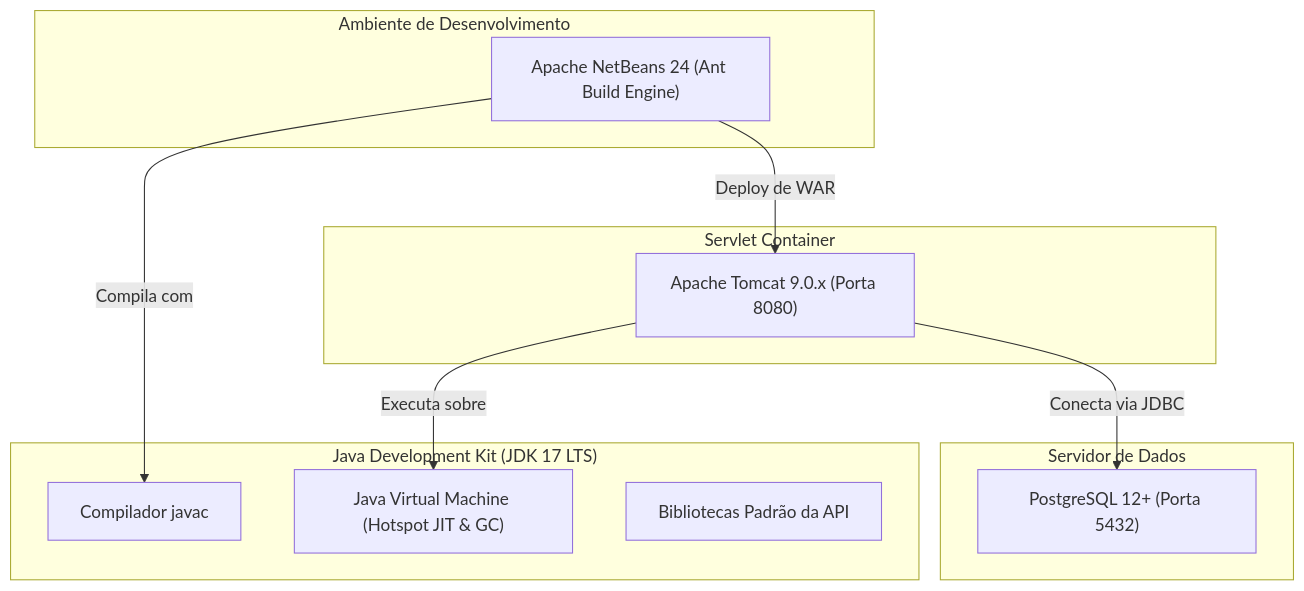
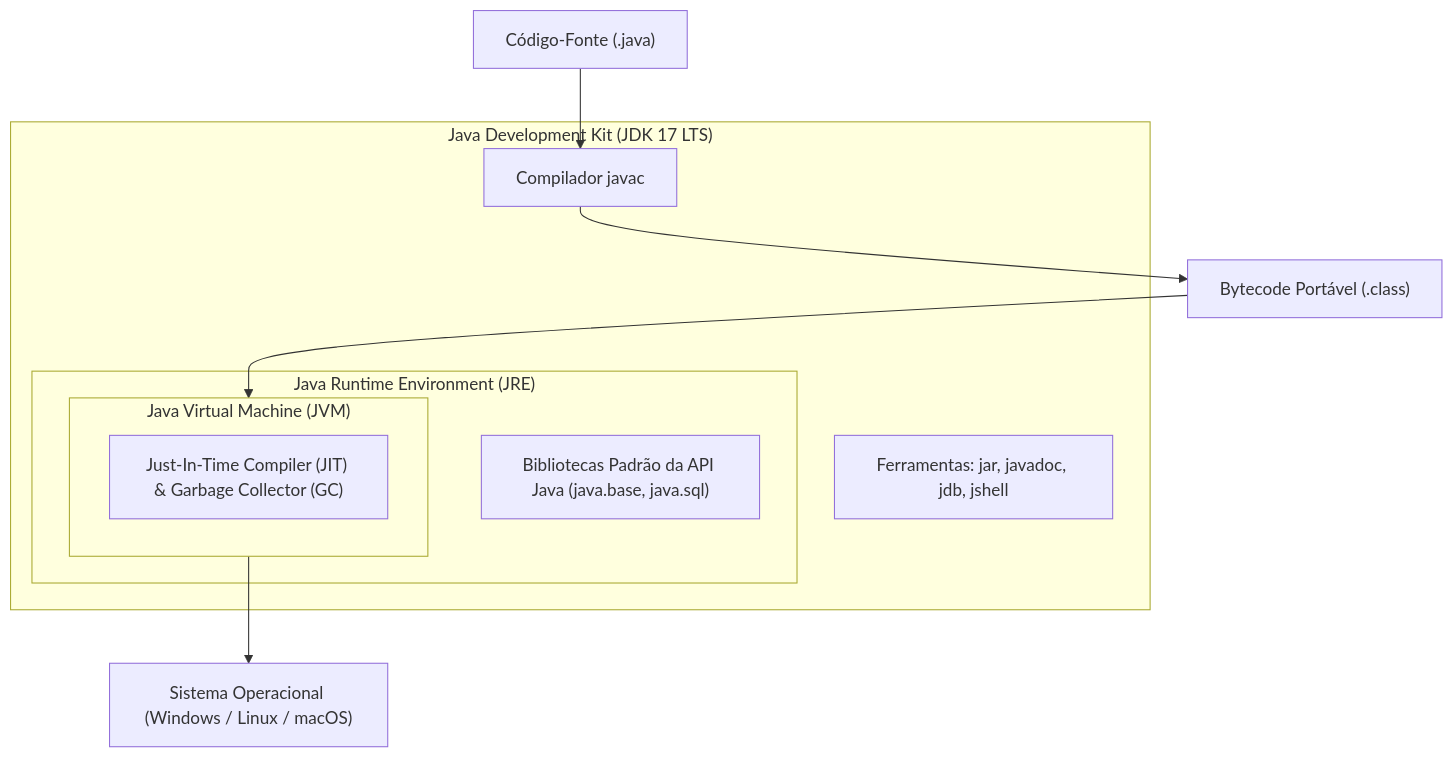
One commit to murilolol/unifef changed the first of 19 diagrams in 3º Semestre/[Prof. Jefferson Passerini] Laboratório de Programação III/Resumos-IA/Caderno-Consolidado.md. Above: the diagram before and after it, drawn with Mermaid. The commit also changed other lines of this file and 40 other files, not shown here.

````diff
--- a/3º Semestre/[Prof. Jefferson Passerini] Laboratório de Programação III/Resumos-IA/Caderno-Consolidado.md
+++ b/3º Semestre/[Prof. Jefferson Passerini] Laboratório de Programação III/Resumos-IA/Caderno-Consolidado.md
@@ -453,25 +90,17 @@
 ```mermaid
 flowchart TD
     subgraph JDK["Java Development Kit (JDK 17 LTS)"]
-        Compiler["Compilador javac"]
-        JVM["Java Virtual Machine (Hotspot JIT & GC)"]
-        Libs["Bibliotecas Padrão da API"]
+        subgraph JRE["Java Runtime Environment (JRE)"]
+            subgraph JVM["Java Virtual Machine (JVM)"]
+                Engine["Just-In-Time Compiler (JIT) & Garbage Collector (GC)"]
+            end
+            Libs["Bibliotecas Padrão da API Java (java.base, java.sql)"]
+        end
+        Compilador["Compilador javac"]
+        DevTools["Ferramentas: jar, javadoc, jdb, jshell"]
     end
-
-    subgraph IDE["Ambiente de Desenvolvimento"]
-        NetBeans["Apache NetBeans 24 (Ant Build Engine)"]
-    end
-
-    subgraph Container["Servlet Container"]
-        Tomcat["Apache Tomcat 9.0.x (Porta 8080)"]
-    end
-
-    subgraph Database["Servidor de Dados"]
-        Postgres["PostgreSQL 12+ (Porta 5432)"]
-    end
-
-    NetBeans -->|"Compila com"| Compiler
-    NetBeans -->|"Deploy de WAR"| Tomcat
-    Tomcat -->|"Executa sobre"| JVM
-    Tomcat -->|"Conecta via JDBC"| Postgres
+    Source["Código-Fonte (.java)"] --> Compilador
+    Compilador --> Bytecode["Bytecode Portável (.class)"]
+    Bytecode --> JVM
+    JVM --> OS["Sistema Operacional (Windows / Linux / macOS)"]
 ```
````
